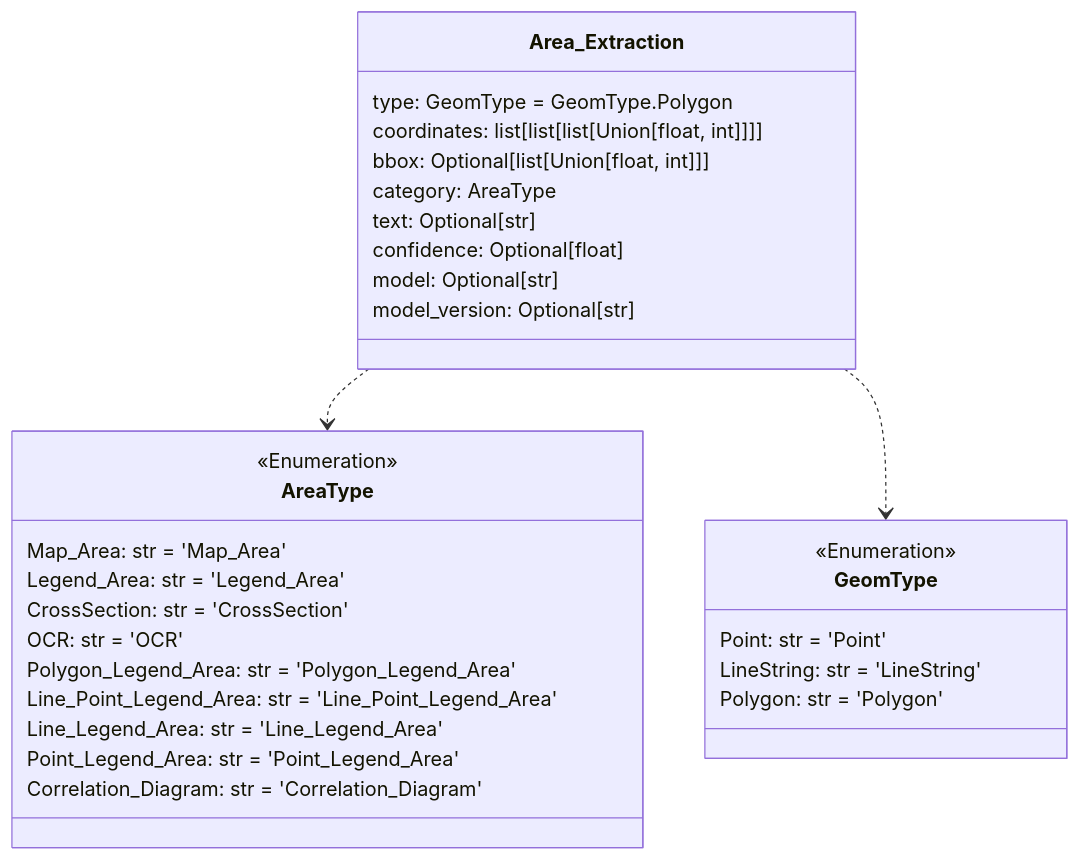
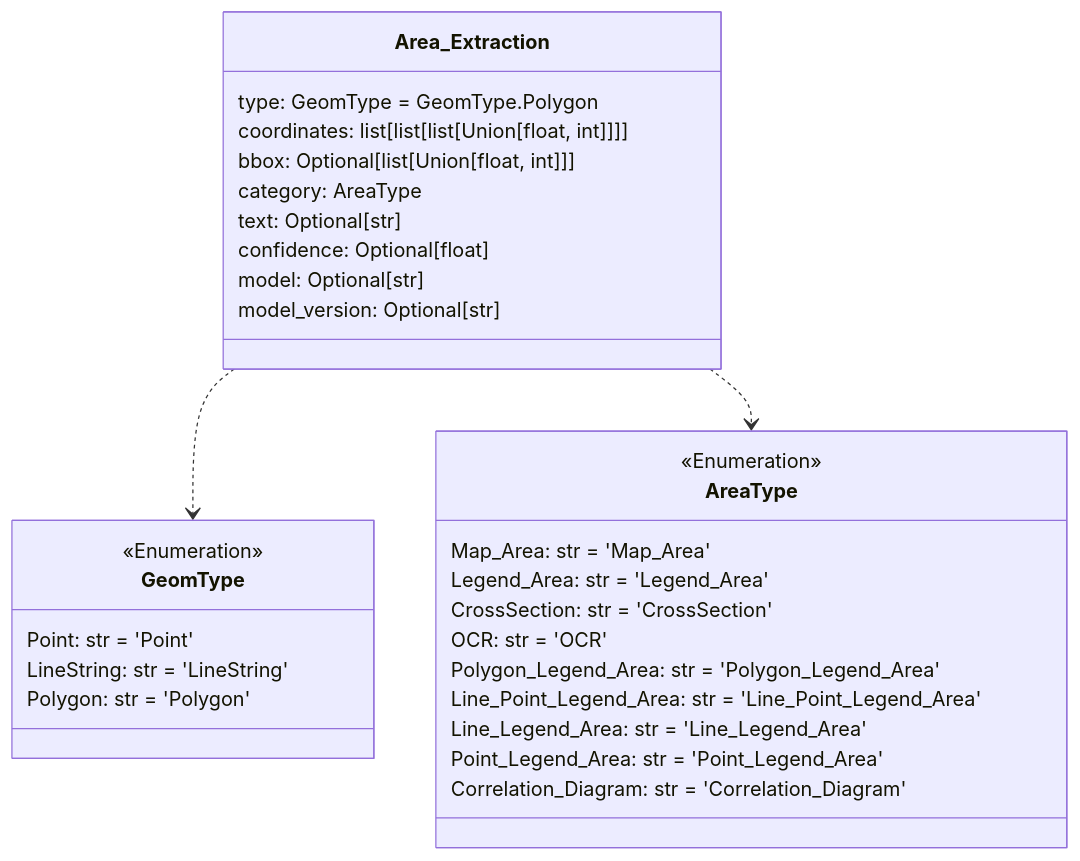
Before and after one commit to DARPA-CRITICALMAAS/cdr_schemas: the first of 12 diagrams in README.md, drawn with Mermaid. The commit also changed other lines of this file and 2 other files, not shown here.

````diff
--- a/README.md
+++ b/README.md
@@ -66,39 +66,39 @@
 ```mermaid
 classDiagram
+
+    class GeomType {
+        <<Enumeration>>
+        Point: str = 'Point'
+        LineString: str = 'LineString'
+        Polygon: str = 'Polygon'
+    }
+
+    class Area_Extraction {
+        type: GeomType = GeomType.Polygon
+        coordinates: list[list[list[Union[float, int]]]]
+        bbox: Optional[list[Union[float, int]]]
+        category: AreaType
+        text: Optional[str]
+        confidence: Optional[float]
+        model: Optional[str]
+        model_version: Optional[str]
+    }
 
     class AreaType {
         <<Enumeration>>
         Map_Area: str = 'Map_Area'
         Legend_Area: str = 'Legend_Area'
         CrossSection: str = 'CrossSection'
         OCR: str = 'OCR'
         Polygon_Legend_Area: str = 'Polygon_Legend_Area'
         Line_Point_Legend_Area: str = 'Line_Point_Legend_Area'
         Line_Legend_Area: str = 'Line_Legend_Area'
         Point_Legend_Area: str = 'Point_Legend_Area'
         Correlation_Diagram: str = 'Correlation_Diagram'
     }
 
-    class Area_Extraction {
-        type: GeomType = GeomType.Polygon
-        coordinates: list[list[list[Union[float, int]]]]
-        bbox: Optional[list[Union[float, int]]]
-        category: AreaType
-        text: Optional[str]
-        confidence: Optional[float]
-        model: Optional[str]
-        model_version: Optional[str]
-    }
-
-    class GeomType {
-        <<Enumeration>>
-        Point: str = 'Point'
-        LineString: str = 'LineString'
-        Polygon: str = 'Polygon'
-    }
-
+    Area_Extraction ..> GeomType
     Area_Extraction ..> AreaType
-    Area_Extraction ..> GeomType
 
 
 ```
````
